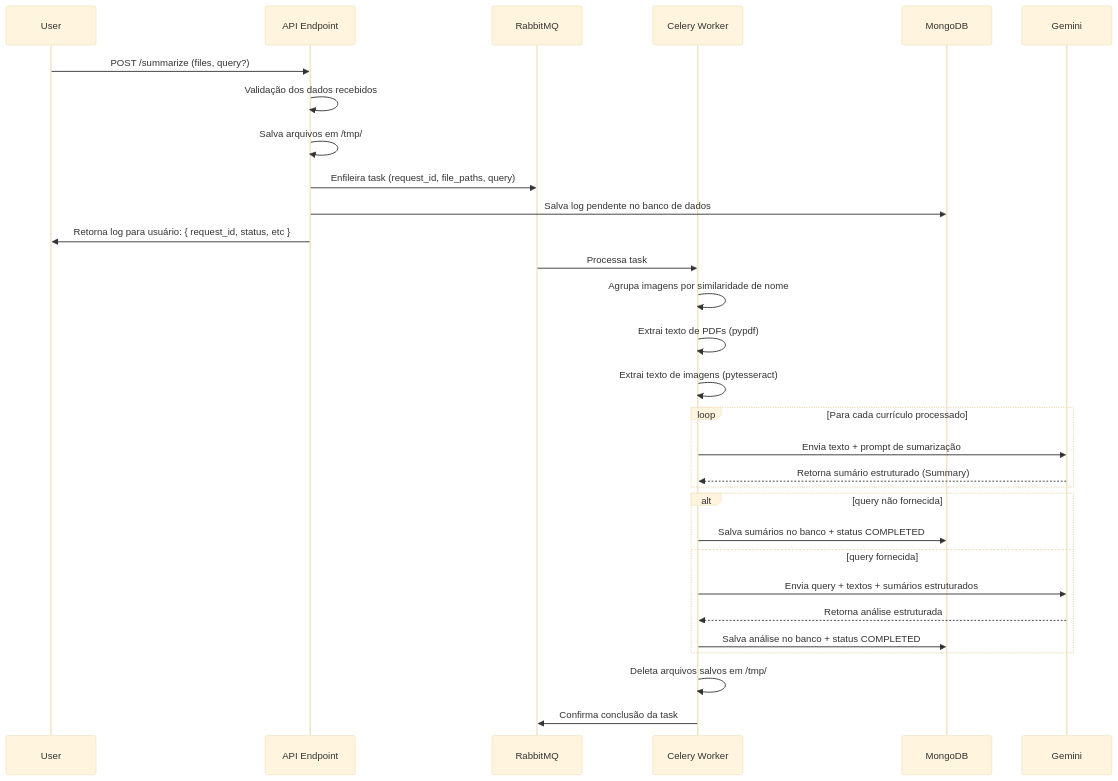
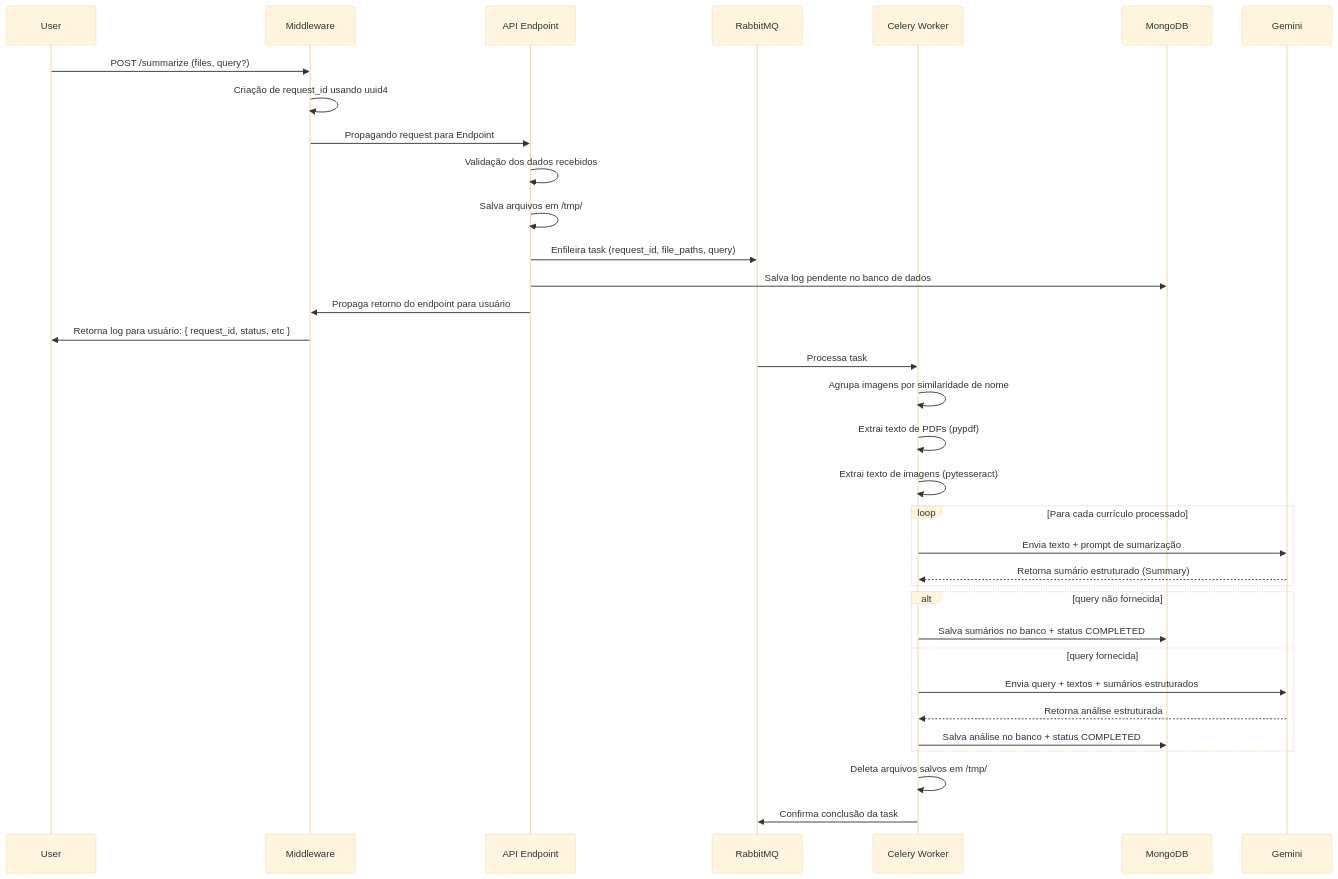
One commit to jVictorSA/Resume-Summarizer changed the diagram in README.md. Above: the diagram before and after it, drawn with Mermaid (base theme).

Commit message:
refactor: inserting Middleware on the Mermaid diagram

````diff
--- a/README.md
+++ b/README.md
@@ -109,37 +109,41 @@
 ```mermaid
 sequenceDiagram
     participant User
+    participant Middleware
     participant API as API Endpoint
     participant RabbitMQ
     participant Worker as Celery Worker
     participant MongoDB
     participant Gemini
 
-    User->>API: POST /summarize (files, query?)
+    User->>Middleware: POST /summarize (files, query?)
+    Middleware->>Middleware: Criação de request_id usando uuid4
+    Middleware->>API: Propagando request para Endpoint
     API->>API: Validação dos dados recebidos
     API->>API: Salva arquivos em /tmp/
     API->>RabbitMQ: Enfileira task (request_id, file_paths, query)
     API->>MongoDB: Salva log pendente no banco de dados
-    API->>User: Retorna log para usuário: { request_id, status, etc }
+    API->>Middleware: Propaga retorno do endpoint para usuário
+    Middleware->>User: Retorna log para usuário: { request_id, status, etc }
 
     RabbitMQ->>Worker: Processa task
     Worker->>Worker: Agrupa imagens por similaridade de nome
     Worker->>Worker: Extrai texto de PDFs (pypdf)
     Worker->>Worker: Extrai texto de imagens (pytesseract)
     
     loop Para cada currículo processado
         Worker->>Gemini: Envia texto + prompt de sumarização
         Gemini-->>Worker: Retorna sumário estruturado (Summary)
     end
     
     alt query não fornecida
         Worker->>MongoDB: Salva sumários no banco + status COMPLETED
     else query fornecida
         Worker->>Gemini: Envia query + textos + sumários estruturados 
         Gemini-->>Worker: Retorna análise estruturada
         Worker->>MongoDB: Salva análise no banco + status COMPLETED
     end
 
     Worker->>Worker: Deleta arquivos salvos em /tmp/
     Worker->>RabbitMQ: Confirma conclusão da task
 ```
````
